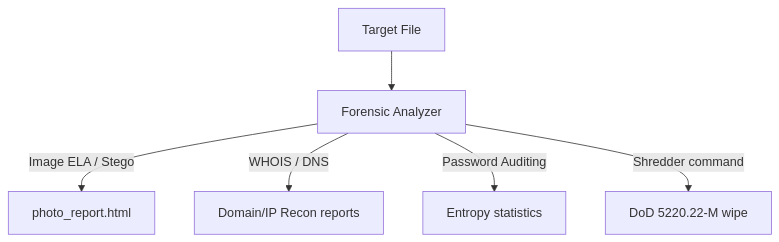
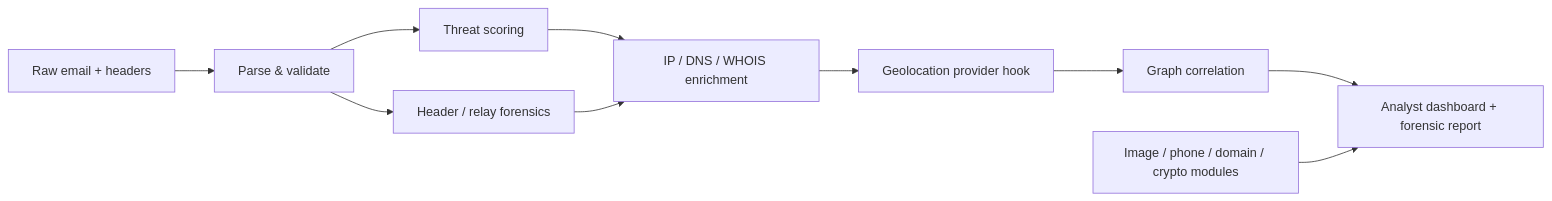
The diagram in SETUP_GUIDE.md (sudonishant/aegiseye-forensics), drawn with Mermaid before and after one commit. The commit also changed other lines of this file and 8 other files, not shown here.

Commit message:
Add SIH email threat triage and forensic reporting

````diff
--- a/SETUP_GUIDE.md
+++ b/SETUP_GUIDE.md
@@ -13,8 +13,12 @@
 ```mermaid
-graph TD
-    A[Target File] --> B[Forensic Analyzer]
-    B -->|Image ELA / Stego| C[photo_report.html]
-    B -->|WHOIS / DNS| D[Domain/IP Recon reports]
-    B -->|Password Auditing| E[Entropy statistics]
-    B -->|Shredder command| F[DoD 5220.22-M wipe]
+flowchart LR
+    A[Raw email + headers] --> B[Parse & validate]
+    B --> C[Threat scoring]
+    B --> D[Header / relay forensics]
+    C --> E[IP / DNS / WHOIS enrichment]
+    D --> E
+    E --> F[Geolocation provider hook]
+    F --> G[Graph correlation]
+    G --> H[Analyst dashboard + forensic report]
+    I[Image / phone / domain / crypto modules] --> H
 ```
````
